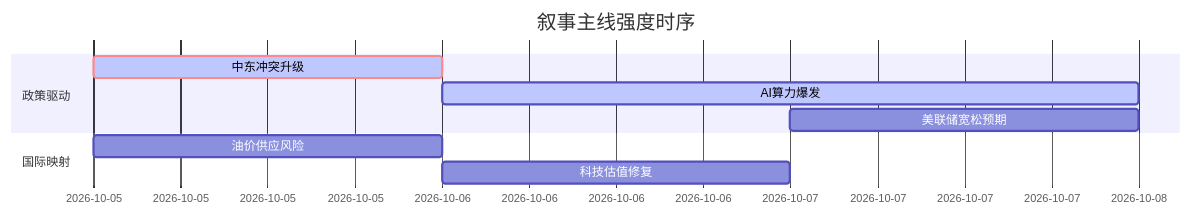
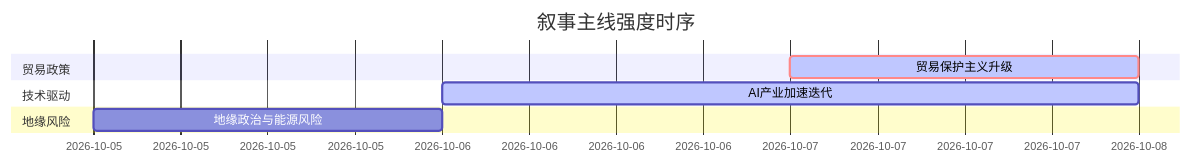
The diagram in 5day_report.md (uu5zn/uu5zn.github.io), drawn with Mermaid before and after one commit. The commit also changed other lines of this file and 23 other files, not shown here.

````diff
--- a/5day_report.md
+++ b/5day_report.md
@@ -54,13 +58,11 @@
 ```mermaid
 gantt
     title 叙事主线强度时序
     dateFormat  YYYY-MM-DD
-    section 政策驱动
-    中东冲突升级   :crit, active, 2026-10-05, 1d
-    AI算力爆发     :active, 2026-10-06, 2d
-    美联储宽松预期   :2026-10-07, 1d
-    
-    section 国际映射
-    油价供应风险   :2026-10-05, 1d
-    科技估值修复   :2026-10-06, 1d
+    section 贸易政策
+    贸易保护主义升级   :crit, active, 2026-10-07, 1d
+    section 技术驱动
+    AI产业加速迭代   :active, 2026-10-06, 2d
+    section 地缘风险
+    地缘政治与能源风险 :2026-10-05, 1d
 ```
````
